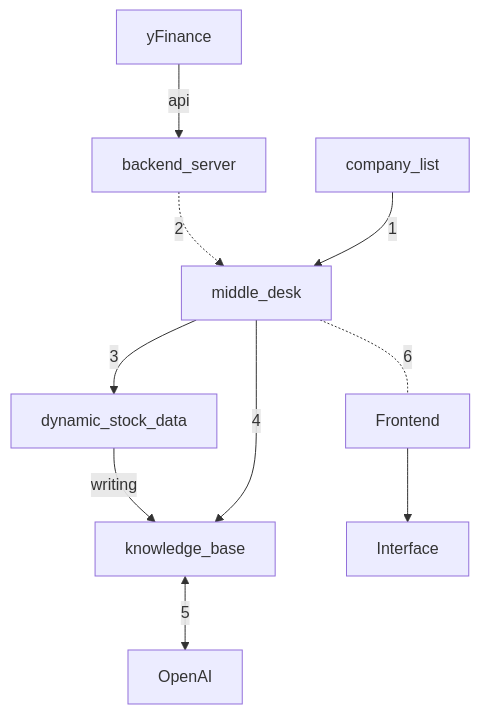
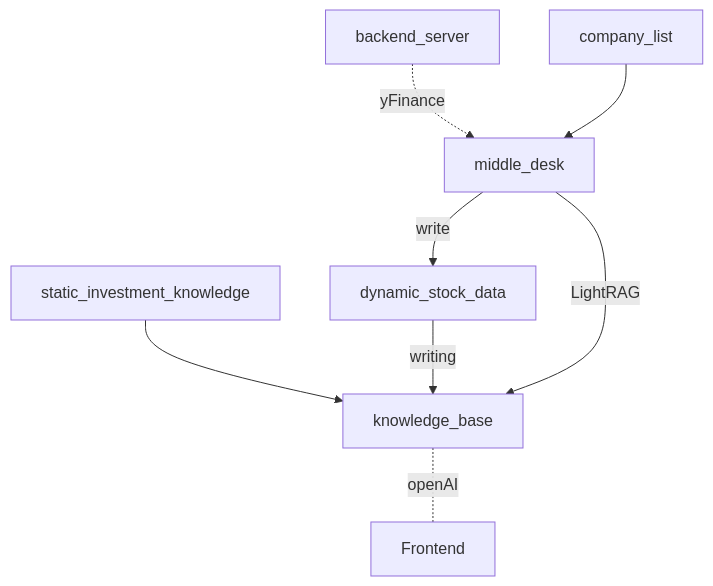
One commit to Jiang-Feiyu/A-Stock-Investment-AI-Bot-Based-on-LightRAG changed the diagram in README.md. Above: the diagram before and after it, drawn with Mermaid. The commit also changed other lines of this file and 23 other files, not shown here.

````diff
--- a/README.md
+++ b/README.md
@@ -3,11 +39,10 @@
 ```mermaid
 graph TD
-yFinance --api--> backend_server
-backend_server -.2.-> middle_desk
-middle_desk --3--> dynamic_stock_data
-company_list --1--> middle_desk
+backend_server -.yFinance.-> middle_desk
+middle_desk --write--> dynamic_stock_data
+static_investment_knowledge --> knowledge_base
+company_list --> middle_desk
 dynamic_stock_data --writing--> knowledge_base
-middle_desk --4--> knowledge_base
-knowledge_base <--5--> OpenAI
-middle_desk -.6.-Frontend--> Interface
+middle_desk --LightRAG--> knowledge_base
+knowledge_base -.openAI.-Frontend
 ```
````
